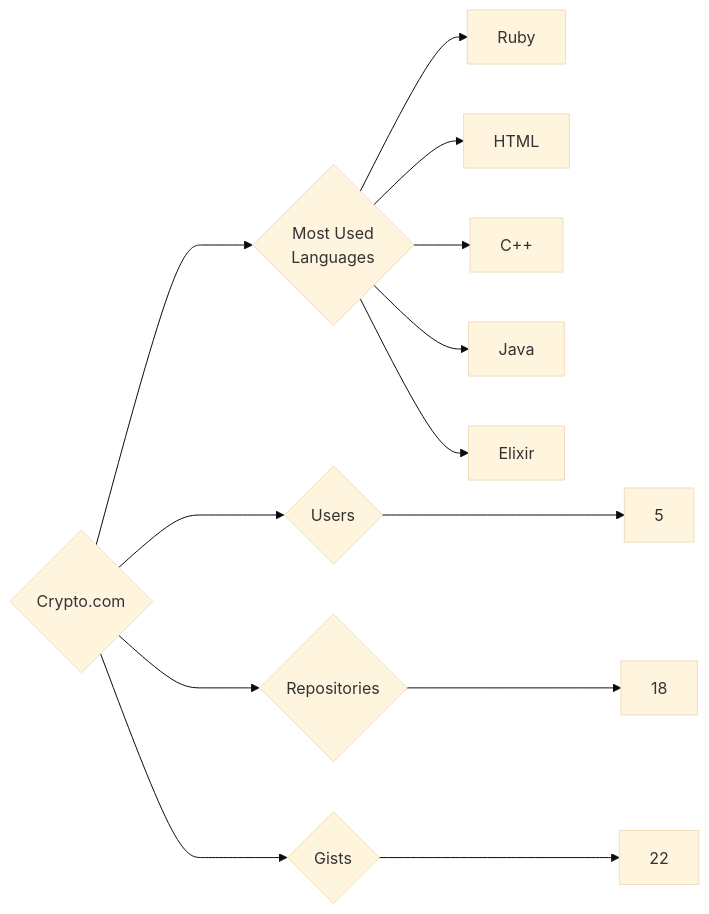
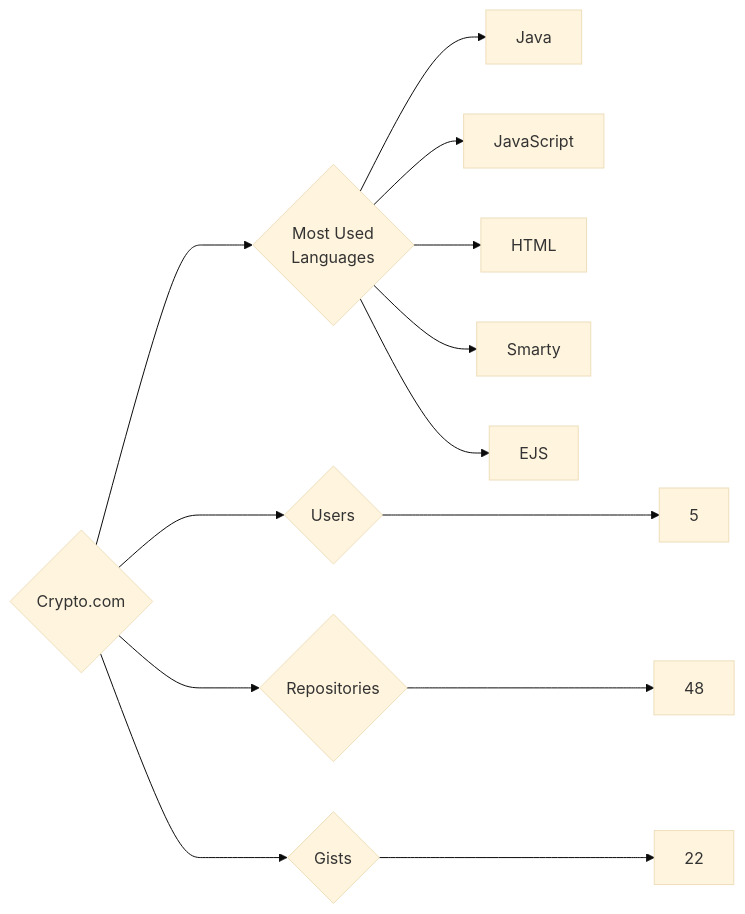
Before and after one commit to trickest/insiders: the diagram in targets/Crypto.com/README.md, drawn with Mermaid (base theme). The commit also changed 745 other files, not shown here.

````diff
--- a/targets/Crypto.com/README.md
+++ b/targets/Crypto.com/README.md
@@ -3,13 +3,13 @@
 ```mermaid
 graph LR
 COMPANY_NAME{Crypto.com}
 COMPANY_NAME ---> U{Users} ---> UN[5]
-COMPANY_NAME ---> R{Repositories} ---> RN[18]
+COMPANY_NAME ---> R{Repositories} ---> RN[48]
 COMPANY_NAME ---> G{Gists} ---> GN[22]
 COMPANY_NAME ---> ML{Most Used<br>Languages}
-ML --> Ruby[Ruby]
+ML --> Java[Java]
+ML --> JavaScript[JavaScript]
 ML --> HTML[HTML]
-ML --> C++[C++]
-ML --> Java[Java]
-ML --> Elixir[Elixir]
+ML --> Smarty[Smarty]
+ML --> EJS[EJS]
 ```
````
